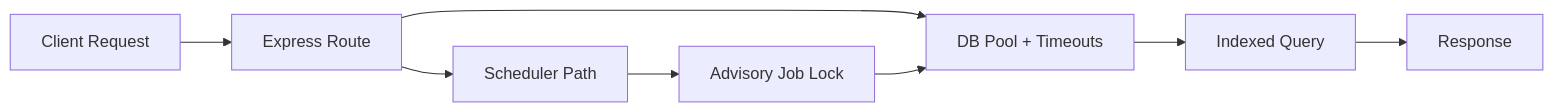
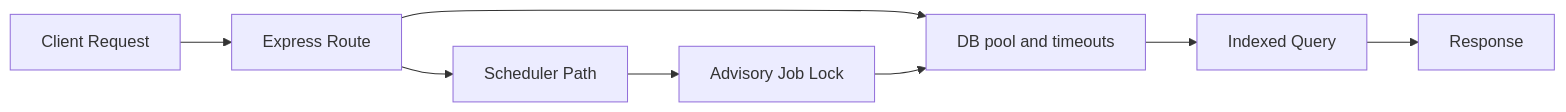
Before and after one commit to Asout3/bakery-ops-app: the sixth of 6 diagrams in README.md, drawn with Mermaid. The commit also changed other lines of this file and 23 other files, not shown here.

Commit message:
Remove batch sync columns and harden README diagrams

````diff
--- a/README.md
+++ b/README.md
@@ -268,10 +261,10 @@
 ```mermaid
 flowchart LR
   A[Client Request] --> B[Express Route]
-  B --> C[DB Pool + Timeouts]
+  B --> C[DB pool and timeouts]
   C --> D[Indexed Query]
   D --> E[Response]
   B --> F[Scheduler Path]
   F --> G[Advisory Job Lock]
   G --> C
 ```
````
